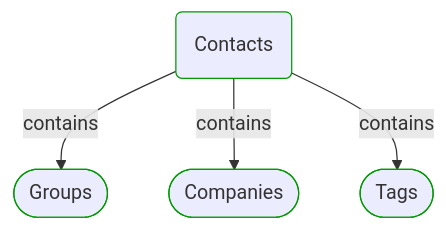
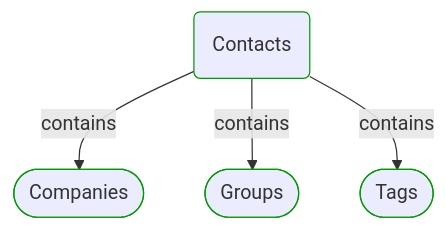
One commit to itlibrium/DDD-starter-dotnet changed the first of 4 diagrams in Docs/P3/MermaidOutput/Modules/Contacts/Contacts.md. Above: the diagram before and after it, drawn with Mermaid. The commit also changed 78 other files, not shown here.

````diff
--- a/Docs/P3/MermaidOutput/Modules/Contacts/Contacts.md
+++ b/Docs/P3/MermaidOutput/Modules/Contacts/Contacts.md
@@ -20,17 +20,17 @@
 ```mermaid
   flowchart TB
     0(Contacts)
     class 0 DomainPerspective
-    1([Groups])
+    1([Companies])
     class 1 DomainPerspective
     0-->|contains|1
-    2([Companies])
+    2([Groups])
     class 2 DomainPerspective
     0-->|contains|2
     3([Tags])
     class 3 DomainPerspective
     0-->|contains|3
     classDef DomainPerspective stroke:#009900
     classDef TechnologyPerspective stroke:#1F41EB
     classDef PeoplePerspective stroke:#FFF014
 ```
````
